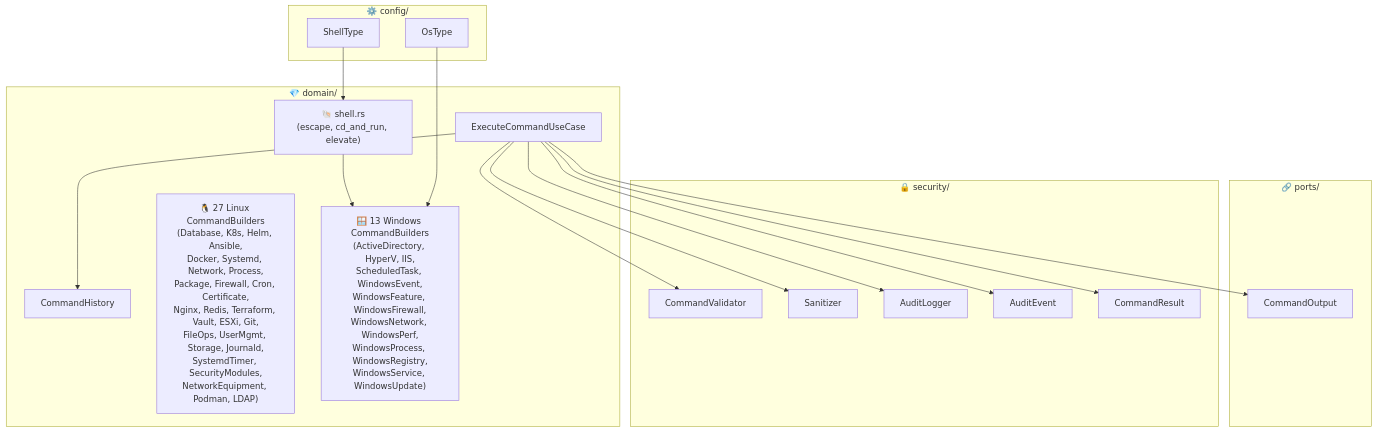
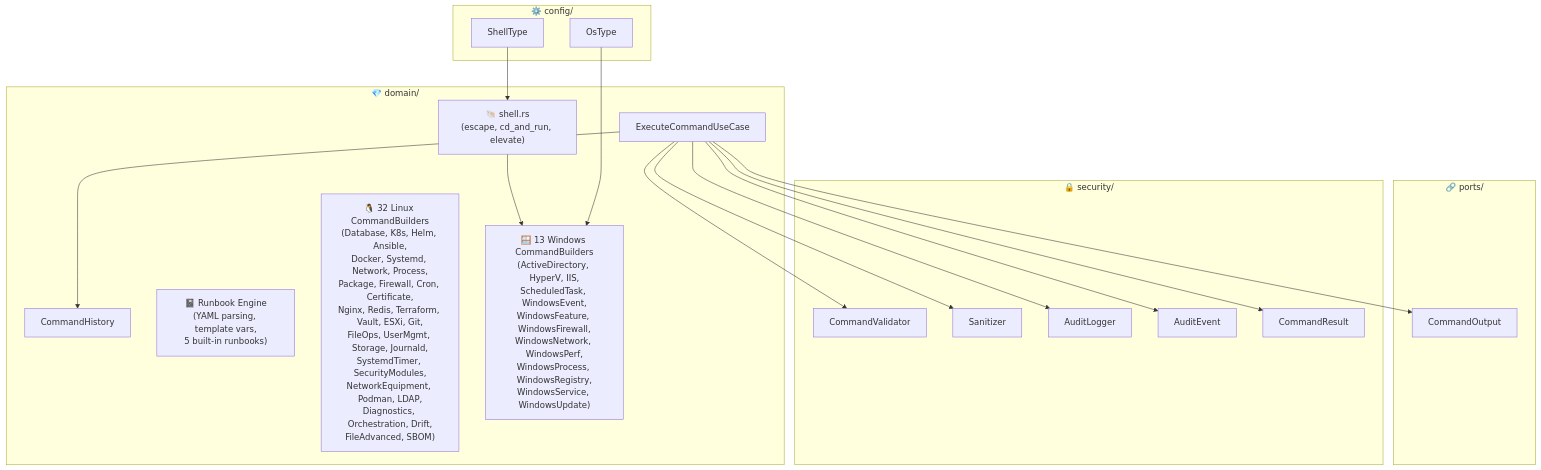
One commit to muchiny/mcp-ssh-bridge changed the seventh of 7 diagrams in src/domain/README.md. Above: the diagram before and after it, drawn with Mermaid. The commit also changed other lines of this file and 8 other files, not shown here.

````diff
--- a/src/domain/README.md
+++ b/src/domain/README.md
@@ -771,38 +945,39 @@
 ```mermaid
 graph TB
     subgraph Domain["💎 domain/"]
         UC["ExecuteCommandUseCase"]
         HIST["CommandHistory"]
         SHELL["🐚 shell.rs<br/>(escape, cd_and_run, elevate)"]
-        LINUX["🐧 27 Linux CommandBuilders<br/>(Database, K8s, Helm, Ansible,<br/>Docker, Systemd, Network, Process,<br/>Package, Firewall, Cron, Certificate,<br/>Nginx, Redis, Terraform, Vault, ESXi, Git,<br/>FileOps, UserMgmt, Storage, Journald,<br/>SystemdTimer, SecurityModules,<br/>NetworkEquipment, Podman, LDAP)"]
+        RUNBOOK["📓 Runbook Engine<br/>(YAML parsing, template vars,<br/>5 built-in runbooks)"]
+        LINUX["🐧 32 Linux CommandBuilders<br/>(Database, K8s, Helm, Ansible,<br/>Docker, Systemd, Network, Process,<br/>Package, Firewall, Cron, Certificate,<br/>Nginx, Redis, Terraform, Vault, ESXi, Git,<br/>FileOps, UserMgmt, Storage, Journald,<br/>SystemdTimer, SecurityModules,<br/>NetworkEquipment, Podman, LDAP,<br/>Diagnostics, Orchestration, Drift,<br/>FileAdvanced, SBOM)"]
         WINDOWS["🪟 13 Windows CommandBuilders<br/>(ActiveDirectory, HyperV, IIS,<br/>ScheduledTask, WindowsEvent,<br/>WindowsFeature, WindowsFirewall,<br/>WindowsNetwork, WindowsPerf,<br/>WindowsProcess, WindowsRegistry,<br/>WindowsService, WindowsUpdate)"]
     end
 
     subgraph Config["⚙️ config/"]
         OS["OsType"]
         ST["ShellType"]
     end
 
     subgraph Ports["🔗 ports/"]
         CO["CommandOutput"]
     end
 
     subgraph Security["🔒 security/"]
         VAL["CommandValidator"]
         SAN["Sanitizer"]
         AUD["AuditLogger"]
         AE["AuditEvent"]
         CR["CommandResult"]
     end
 
     UC --> CO
     UC --> VAL
     UC --> SAN
     UC --> AUD
     UC --> AE
     UC --> CR
     UC --> HIST
     ST --> SHELL
     SHELL --> WINDOWS
     OS --> WINDOWS
 ```
````
